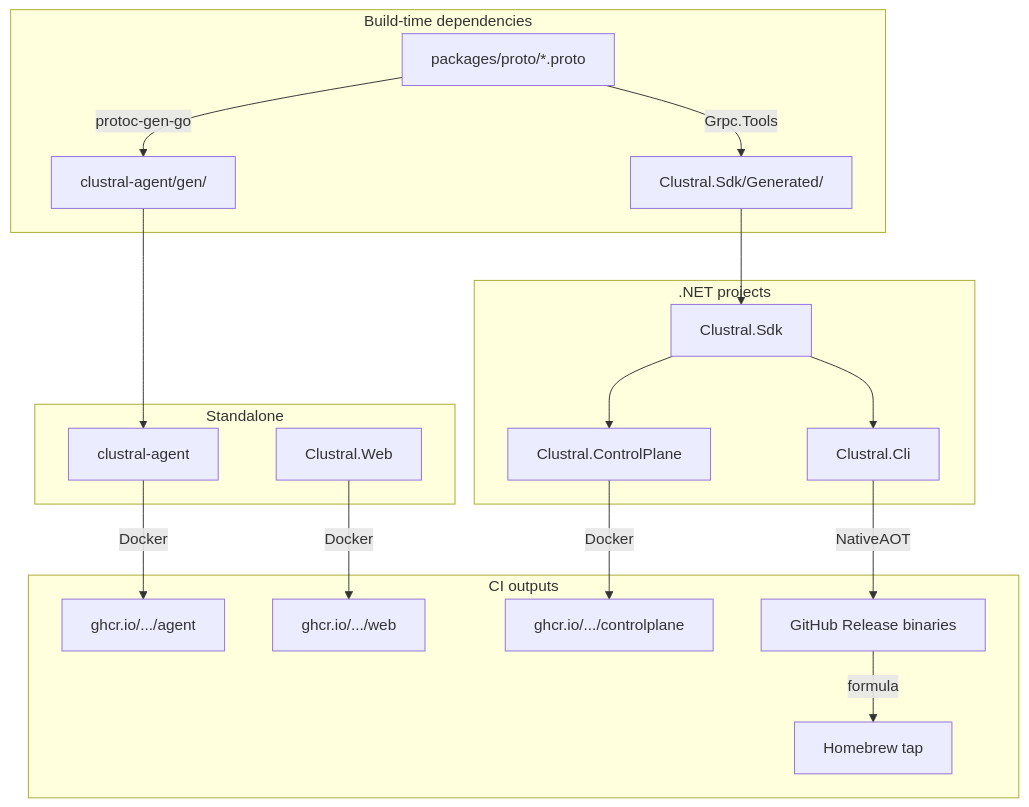
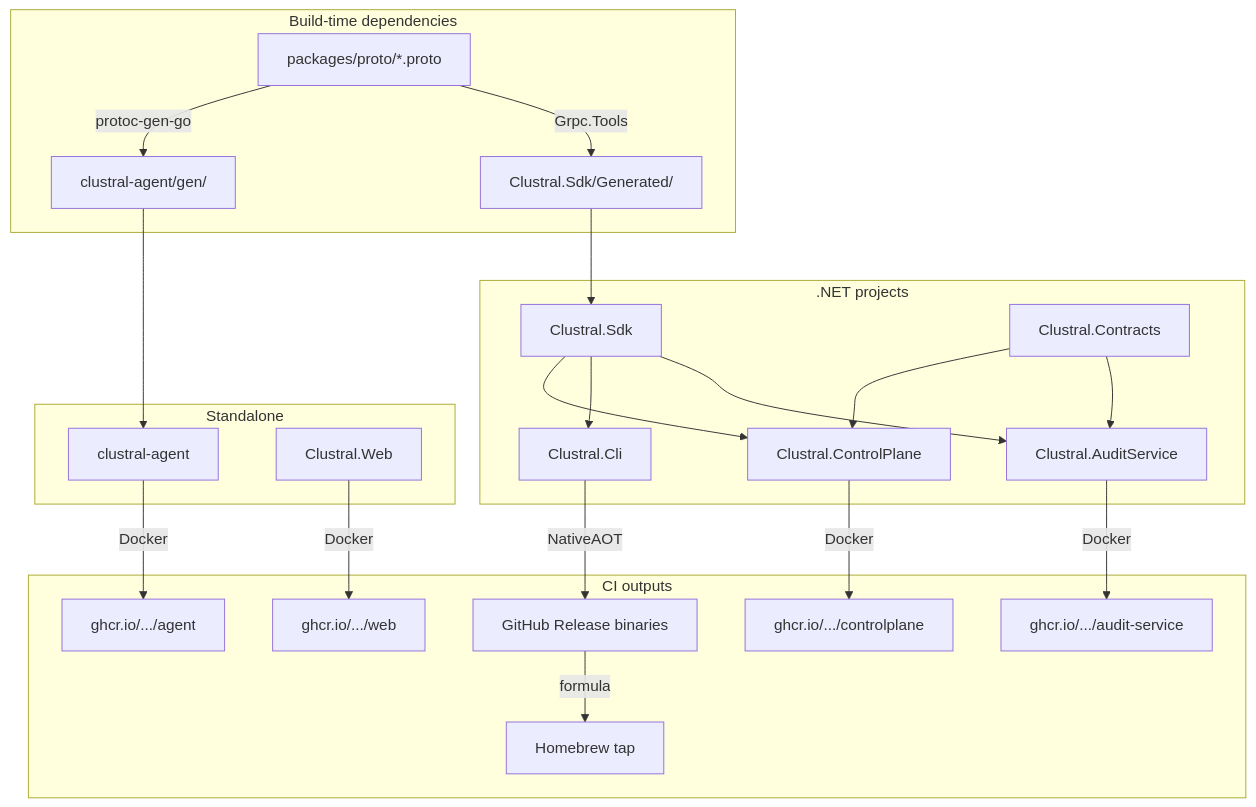
Diagram 14 of 18 in README.md (Clustral/clustral), drawn with Mermaid before and after one commit. The commit also changed other lines of this file, not shown here.

First line of the commit message:
docs: add audit logging section + update diagrams with event codes

````diff
--- a/README.md
+++ b/README.md
@@ -1005,27 +1165,32 @@
 ```mermaid
 graph TB
     subgraph "Build-time dependencies"
         PROTO[packages/proto/*.proto]
         PROTO -->|protoc-gen-go| AGENT_GEN[clustral-agent/gen/]
         PROTO -->|Grpc.Tools| SDK_GEN[Clustral.Sdk/Generated/]
     end
 
     subgraph ".NET projects"
         SDK_GEN --> SDK[Clustral.Sdk]
+        CONTRACTS[Clustral.Contracts]
         SDK --> CP[Clustral.ControlPlane]
         SDK --> CLI[Clustral.Cli]
+        SDK --> AUDIT[Clustral.AuditService]
+        CONTRACTS --> CP
+        CONTRACTS --> AUDIT
     end
 
     subgraph "Standalone"
         AGENT_GEN --> AGENT[clustral-agent]
         WEB[Clustral.Web]
     end
 
     subgraph "CI outputs"
         CP -->|Docker| CP_IMG[ghcr.io/.../controlplane]
+        AUDIT -->|Docker| AUDIT_IMG[ghcr.io/.../audit-service]
         AGENT -->|Docker| AGENT_IMG[ghcr.io/.../agent]
         WEB -->|Docker| WEB_IMG[ghcr.io/.../web]
         CLI -->|NativeAOT| CLI_BIN[GitHub Release binaries]
         CLI_BIN -->|formula| BREW[Homebrew tap]
     end
 ```
````
